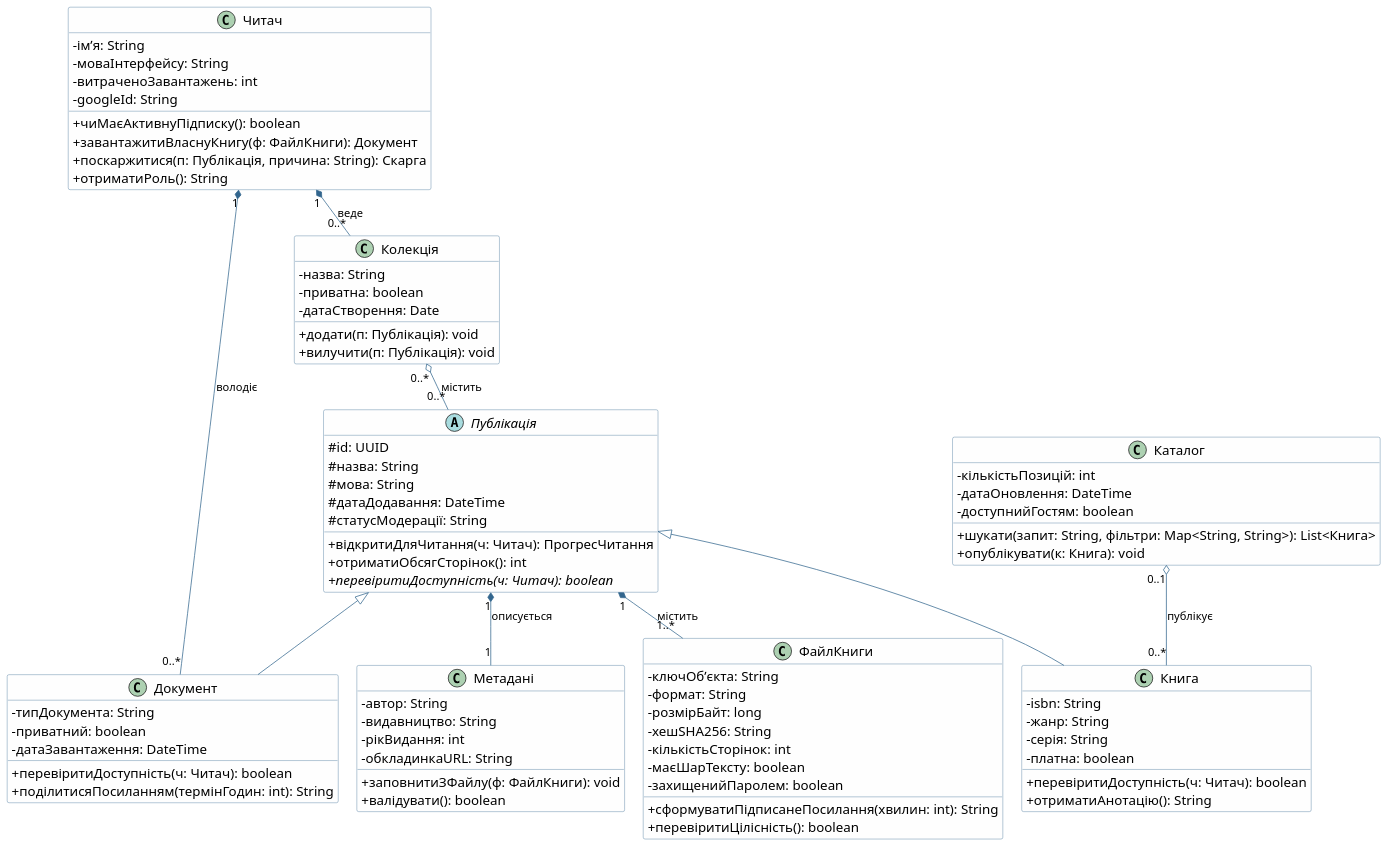
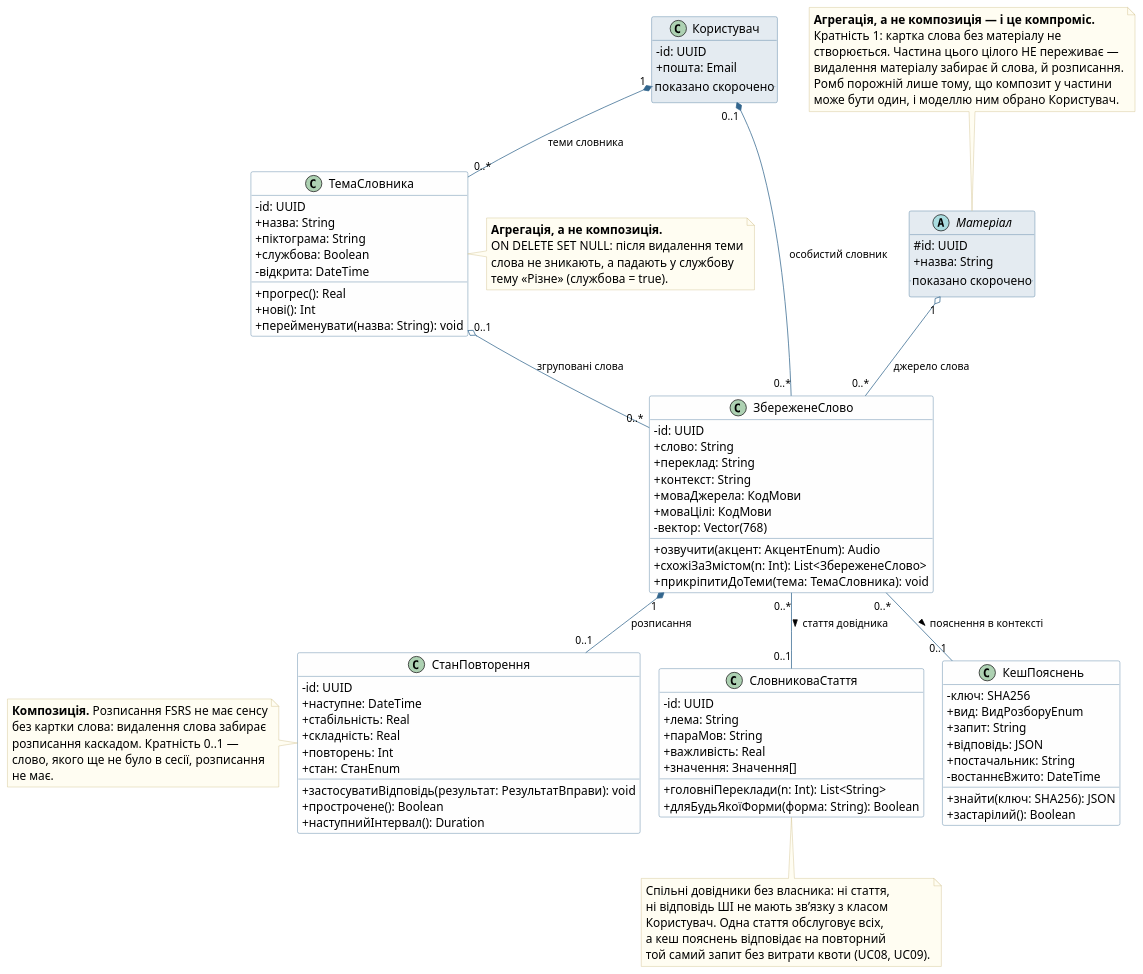
One commit to vt232kod-debug/software-modeling changed the diagram in lab02_classes/classes_view2.puml. Above: the diagram before and after it, drawn with PlantUML. The commit also changed 77 other files, not shown here.

First line of the commit message:
ЛР1-ЛР4: перебудовано на тему дипломної роботи «Півот»

```diff
--- a/lab02_classes/classes_view2.puml
+++ b/lab02_classes/classes_view2.puml
@@ -1,109 +1,136 @@
 @startuml
-' Вид 2. Контент: публікації, метадані, файли й колекції
-' Частковий вид повної діаграми класів (classes.puml). Склад атрибутів і методів
-' кожного класу дослівно збігається з повною діаграмою.
-' Камінський Олексій Дмитрович, група ВТ-23-2
+' ЛР2. Частковий вид 2: словник, повторення й спільний довідник
+' (композиція, дві агрегації, асоціація)
+' «Півот». Камінський Олексій Дмитрович, ВТ-23-2
 
 skinparam defaultFontName "Helvetica"
-skinparam defaultFontSize 18
+skinparam defaultFontSize 16
 skinparam classAttributeIconSize 0
 skinparam shadowing false
-skinparam ArrowFontSize 15
+skinparam ArrowFontSize 14
 skinparam nodesep 25
-skinparam ranksep 40
+skinparam ranksep 60
 skinparam class {
   BackgroundColor #FEFEFE
   BorderColor #33668E
   ArrowColor #33668E
 }
-
-class Читач {
-  - імʼя: String
-  - моваІнтерфейсу: String
-  - витраченоЗавантажень: int
-  - googleId: String
-  + чиМаєАктивнуПідписку(): boolean
-  + завантажитиВласнуКнигу(ф: ФайлКниги): Документ
-  + поскаржитися(п: Публікація, причина: String): Скарга
-  + отриматиРоль(): String
+skinparam note {
+  BackgroundColor #FFFDF2
+  BorderColor #C9B47A
 }
 
-abstract class Публікація {
-  # id: UUID
-  # назва: String
-  # мова: String
-  # датаДодавання: DateTime
-  # статусМодерації: String
-  + відкритиДляЧитання(ч: Читач): ПрогресЧитання
-  + отриматиОбсягСторінок(): int
-  + {abstract} перевіритиДоступність(ч: Читач): boolean
+class Користувач #E4EBF1 {
+  - id: UUID
+  + пошта: Email
+  .. показано скорочено ..
 }
 
-class Книга {
-  - isbn: String
-  - жанр: String
-  - серія: String
-  - платна: boolean
-  + перевіритиДоступність(ч: Читач): boolean
-  + отриматиАнотацію(): String
+abstract class Матеріал #E4EBF1 {
+  # id: UUID
+  + назва: String
+  .. показано скорочено ..
 }
 
-class Документ {
-  - типДокумента: String
-  - приватний: boolean
-  - датаЗавантаження: DateTime
-  + перевіритиДоступність(ч: Читач): boolean
-  + поділитисяПосиланням(термінГодин: int): String
+class ЗбереженеСлово {
+  - id: UUID
+  + слово: String
+  + переклад: String
+  + контекст: String
+  + моваДжерела: КодМови
+  + моваЦілі: КодМови
+  - {field} вектор: Vector(768)
+  + озвучити(акцент: АкцентEnum): Audio
+  + схожіЗаЗмістом(n: Int): List<ЗбереженеСлово>
+  + прикріпитиДоТеми(тема: ТемаСловника): void
 }
 
-class Метадані {
-  - автор: String
-  - видавництво: String
-  - рікВидання: int
-  - обкладинкаURL: String
-  + заповнитиЗФайлу(ф: ФайлКниги): void
-  + валідувати(): boolean
+class ТемаСловника {
+  - id: UUID
+  + назва: String
+  + піктограма: String
+  + службова: Boolean
+  - відкрита: DateTime
+  + прогрес(): Real
+  + нові(): Int
+  + перейменувати(назва: String): void
 }
 
-class ФайлКниги {
-  - ключОбʼєкта: String
-  - формат: String
-  - розмірБайт: long
-  - хешSHA256: String
-  - кількістьСторінок: int
-  - маєШарТексту: boolean
-  - захищенийПаролем: boolean
-  + сформуватиПідписанеПосилання(хвилин: int): String
-  + перевіритиЦілісність(): boolean
+class СтанПовторення {
+  - id: UUID
+  + наступне: DateTime
+  + стабільність: Real
+  + складність: Real
+  + повторень: Int
+  + стан: СтанEnum
+  + застосуватиВідповідь(результат: РезультатВправи): void
+  + прострочене(): Boolean
+  + наступнийІнтервал(): Duration
 }
 
-class Каталог {
-  - кількістьПозицій: int
-  - датаОновлення: DateTime
-  - доступнийГостям: boolean
-  + шукати(запит: String, фільтри: Map<String, String>): List<Книга>
-  + опублікувати(к: Книга): void
+class СловниковаСтаття {
+  - id: UUID
+  + лема: String
+  + параМов: String
+  + важливість: Real
+  + значення: Значення[]
+  + головніПереклади(n: Int): List<String>
+  + дляБудьЯкоїФорми(форма: String): Boolean
 }
 
-class Колекція {
-  - назва: String
-  - приватна: boolean
-  - датаСтворення: Date
-  + додати(п: Публікація): void
-  + вилучити(п: Публікація): void
+class КешПояснень {
+  - ключ: SHA256
+  + вид: ВидРозборуEnum
+  + запит: String
+  + відповідь: JSON
+  + постачальник: String
+  - востаннєВжито: DateTime
+  + знайти(ключ: SHA256): JSON
+  + застарілий(): Boolean
 }
 
-' --- Узагальнення (2) ---
-Публікація <|-- Книга
-Публікація <|-- Документ
+' --- композиція ---
+Користувач "0..1" *-- "0..*" ЗбереженеСлово : особистий словник
+Користувач "1" *-- "0..*" ТемаСловника : теми словника
+ЗбереженеСлово "1" *-- "0..1" СтанПовторення : розписання
 
-' --- Композиція (4) ---
-Публікація "1" *-- "1" Метадані : описується
-Публікація "1" *-- "1..*" ФайлКниги : містить
-Читач "1" *-- "0..*" Документ : володіє
-Читач "1" *-- "0..*" Колекція : веде
+' --- агрегація ---
+Матеріал "1" o-- "0..*" ЗбереженеСлово : джерело слова
+ТемаСловника "0..1" o-- "0..*" ЗбереженеСлово : згруповані слова
 
-' --- Агрегація (2) ---
-Каталог "0..1" o-- "0..*" Книга : публікує
-Колекція "0..*" o-- "0..*" Публікація : містить
+' --- асоціація з кратністю ---
+ЗбереженеСлово "0..*" -- "0..1" СловниковаСтаття : стаття довідника >
+ЗбереженеСлово "0..*" -- "0..1" КешПояснень : пояснення в контексті >
+
+note top of Матеріал
+  **Агрегація, а не композиція — і це компроміс.**
+  Кратність 1: картка слова без матеріалу не
+  створюється. Частина цього цілого НЕ переживає —
+  видалення матеріалу забирає й слова, й розписання.
+  Ромб порожній лише тому, що композит у частини
+  може бути один, і моделлю ним обрано Користувач.
+end note
+
+note right of ТемаСловника
+  **Агрегація, а не композиція.**
+  ON DELETE SET NULL: після видалення теми
+  слова не зникають, а падають у службову
+  тему «Різне» (службова = true).
+end note
+
+note bottom of СловниковаСтаття
+  Спільні довідники без власника: ні стаття,
+  ні відповідь ШІ не мають звʼязку з класом
+  Користувач. Одна стаття обслуговує всіх,
+  а кеш пояснень відповідає на повторний
+  той самий запит без витрати квоти (UC08, UC09).
+end note
+
+note left of СтанПовторення
+  **Композиція.** Розписання FSRS не має сенсу
+  без картки слова: видалення слова забирає
+  розписання каскадом. Кратність 0..1 —
+  слово, якого ще не було в сесії, розписання
+  не має.
+end note
 @enduml
```
